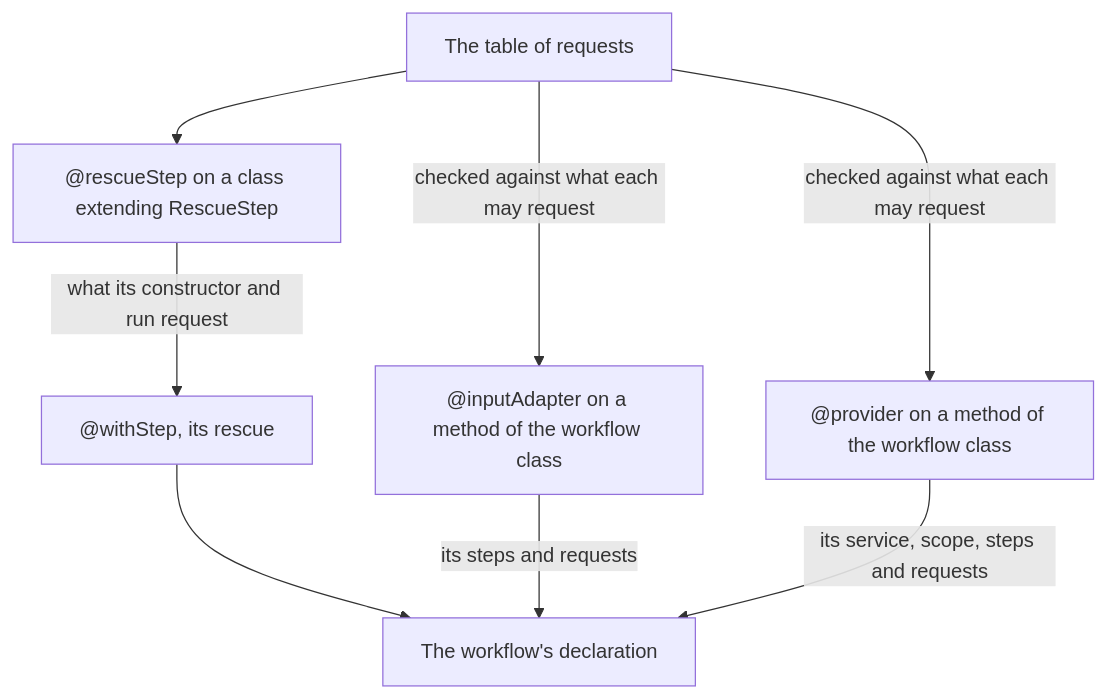
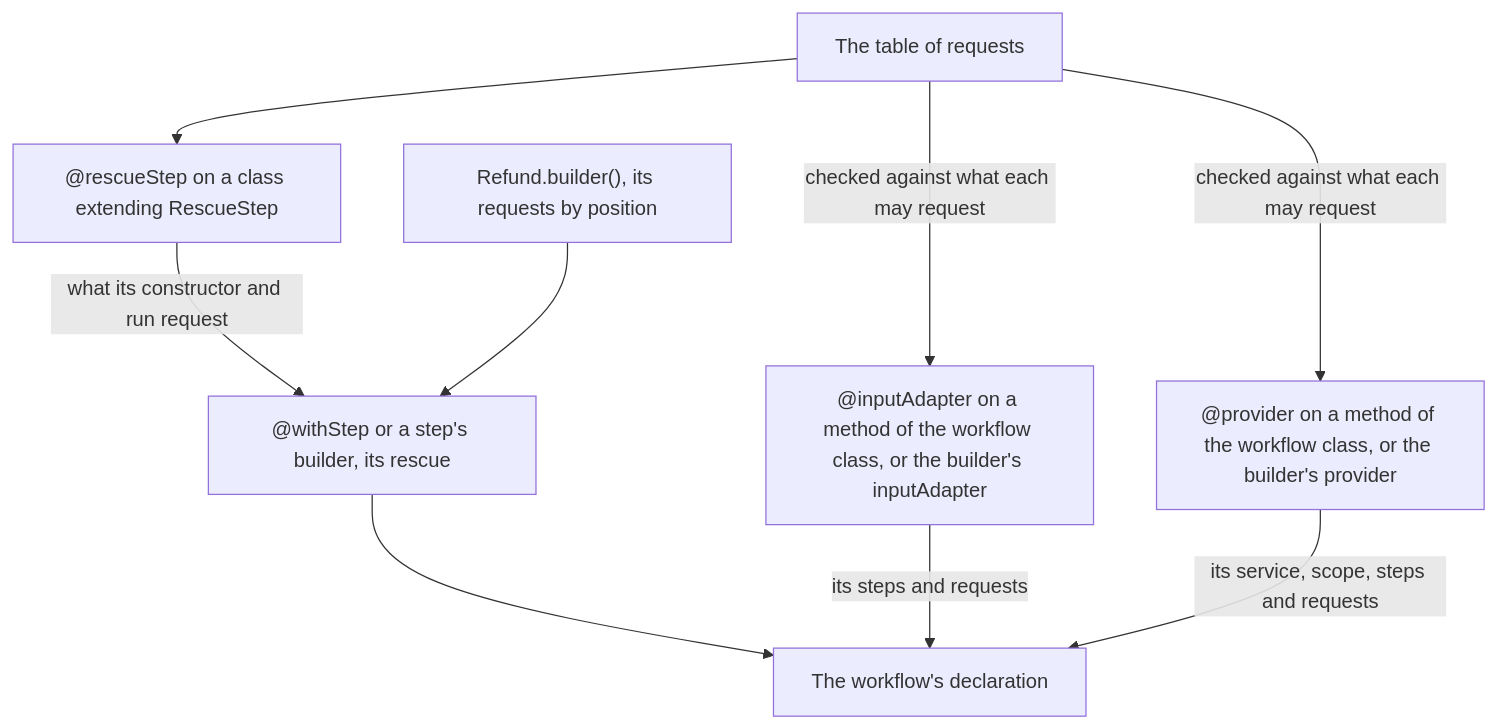
Before and after one commit to itinera-dev/itinera-ts: the fifth of 8 diagrams in docs/architecture.md, drawn with Mermaid. The commit also changed other lines of this file and 66 other files, not shown here.

````diff
--- a/docs/architecture.md
+++ b/docs/architecture.md
@@ -132,12 +140,13 @@
 ```mermaid
 flowchart TD
     accTitle: How rescue steps, input adapters and service providers are declared
-    accDescr: The rescue step decorator gathers what a rescue step's constructor and run request, and withStep attaches a declared rescue step to its step. The input adapter and provider decorators mark methods of the workflow class, check what their parameters request against what each may request, and add each to the workflow's declaration, which also holds its steps, its policies and its ID generator.
-    rescue["@rescueStep on a class extending RescueStep"] -->|"what its constructor and run request"| withStep["@withStep, its rescue"]
+    accDescr: The rescue step decorator gathers what a rescue step's constructor and run request, and withStep attaches a declared rescue step to its step, as a step's builder attaches one declared or put together by a rescue step's builder. The input adapter and provider decorators mark methods of the workflow class, or the workflow builder names them with their requests by position, check what their parameters request against what each may request, and add each to the workflow's declaration, which also holds its steps, its policies and its ID generator.
+    rescue["@rescueStep on a class extending RescueStep"] -->|"what its constructor and run request"| withStep["@withStep or a step's builder, its rescue"]
+    rescueBuilder["Refund.builder(), its requests by position"] --> withStep
     withStep --> declaration["The workflow's declaration"]
-    adapter["@inputAdapter on a method of the workflow class"] -->|"its steps and requests"| declaration
-    provider["@provider on a method of the workflow class"] -->|"its service, scope, steps and requests"| declaration
+    adapter["@inputAdapter on a method of the workflow class, or the builder's inputAdapter"] -->|"its steps and requests"| declaration
+    provider["@provider on a method of the workflow class, or the builder's provider"] -->|"its service, scope, steps and requests"| declaration
     requests["The table of requests"] --> rescue
     requests -->|"checked against what each may request"| adapter
     requests -->|"checked against what each may request"| provider
 ```
````
